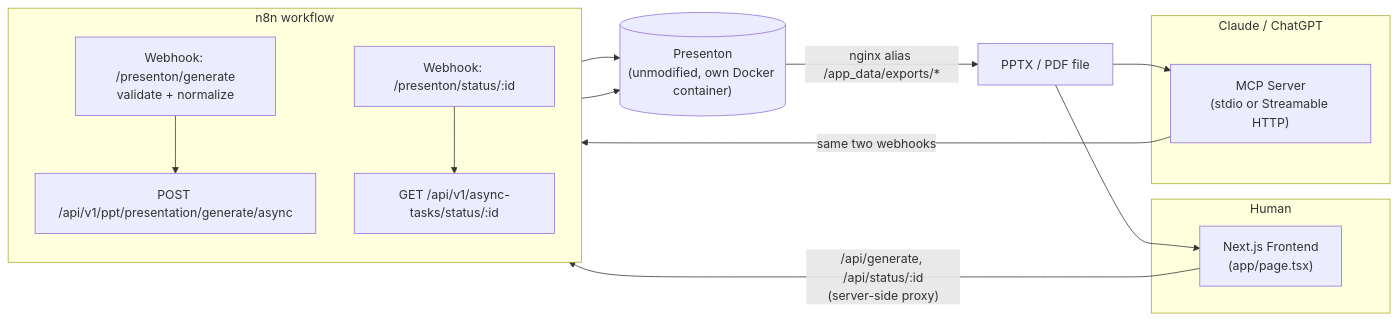
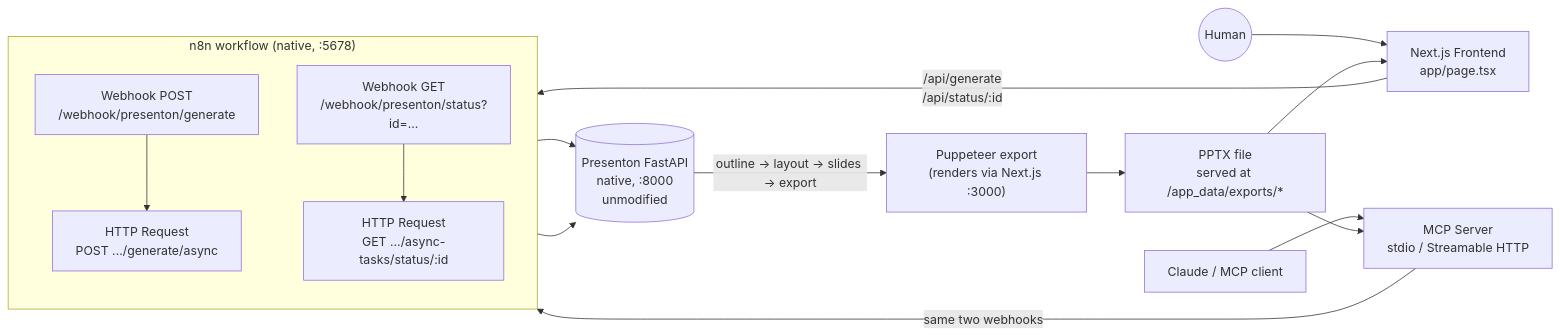
Before and after one commit to rishabhgangrade27/presentation-automation-suite: the diagram in README.md, drawn with Mermaid. The commit also changed other lines of this file and 15 other files, not shown here.

````diff
--- a/README.md
+++ b/README.md
@@ -21,24 +24,24 @@
 ```mermaid
 flowchart LR
-    subgraph Human
-        FE["Next.js Frontend<br/>(app/page.tsx)"]
-    end
-    subgraph AI["Claude / ChatGPT"]
-        MCP["MCP Server<br/>(stdio or Streamable HTTP)"]
+    User(("Human"))
+    AI["Claude / MCP client"]
+
+    User --> FE["Next.js Frontend<br/>app/page.tsx"]
+    AI --> MCP["MCP Server<br/>stdio / Streamable HTTP"]
+
+    FE -->|"/api/generate<br/>/api/status/:id"| N8N
+    MCP -->|"same two webhooks"| N8N
+
+    subgraph N8N["n8n workflow (native, :5678)"]
+        direction TB
+        W1["Webhook POST<br/>/webhook/presenton/generate"] --> H1["HTTP Request<br/>POST .../generate/async"]
+        W2["Webhook GET<br/>/webhook/presenton/status?id=..."] --> H2["HTTP Request<br/>GET .../async-tasks/status/:id"]
     end
 
-    FE -->|"/api/generate, /api/status/:id<br/>(server-side proxy)"| N8N
-    MCP -->|"same two webhooks"| N8N
-
-    subgraph N8N["n8n workflow"]
-        direction TB
-        W1["Webhook: /presenton/generate<br/>validate + normalize"] --> H1["POST /api/v1/ppt/presentation/generate/async"]
-        W2["Webhook: /presenton/status/:id"] --> H2["GET /api/v1/async-tasks/status/:id"]
-    end
-
-    H1 --> P[("Presenton<br/>(unmodified, own Docker container)")]
+    H1 --> P[("Presenton FastAPI<br/>native, :8000<br/>unmodified")]
     H2 --> P
-    P -->|"nginx alias /app_data/exports/*"| File["PPTX / PDF file"]
+    P -->|"outline → layout → slides → export"| Export["Puppeteer export<br/>(renders via Next.js :3000)"]
+    Export --> File["PPTX file<br/>served at /app_data/exports/*"]
     File --> FE
     File --> MCP
 ```
````
